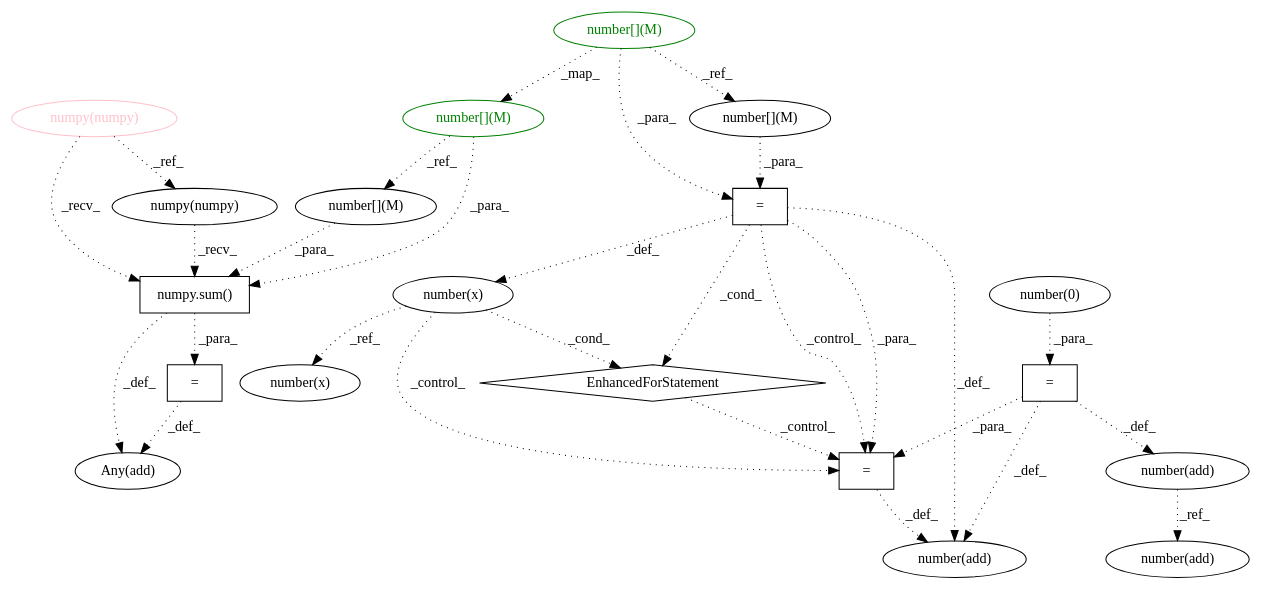
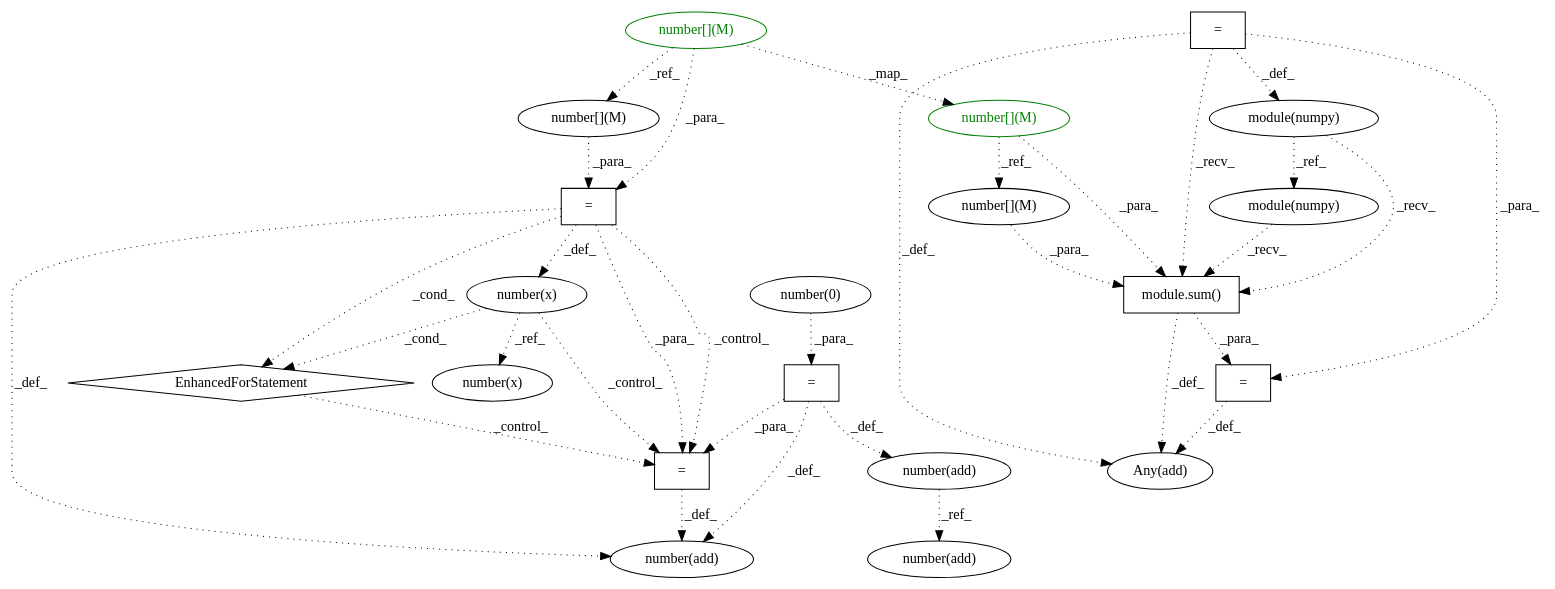
The diagram in AtomicASTChangeMining/OUTPUT/DEBUG/20b30150025b911f5009441c895540df9379ebad___0.dot (maldil/R-CPATMiner), drawn with Graphviz before and after one commit. The commit also changed 706 other files, not shown here.

```diff
--- a/AtomicASTChangeMining/OUTPUT/DEBUG/20b30150025b911f5009441c895540df9379ebad___0.dot
+++ b/AtomicASTChangeMining/OUTPUT/DEBUG/20b30150025b911f5009441c895540df9379ebad___0.dot
@@ -1,49 +1,54 @@
 digraph G {
-1 [label="numpy(numpy)" shape=ellipse]
-2 [label="number(0)" shape=ellipse]
-3 [label="number(add)" shape=ellipse]
-4 [label="number(add)" shape=ellipse]
-5 [label="number[](M)" shape=ellipse color=green fontcolor=green]
-6 [label="EnhancedForStatement" shape=diamond]
-7 [label="numpy(numpy)" shape=ellipse color=pink fontcolor=pink]
-8 [label="number(x)" shape=ellipse]
+1 [label="number(x)" shape=ellipse]
+2 [label="number[](M)" shape=ellipse color=green fontcolor=green]
+3 [label="number(0)" shape=ellipse]
+4 [label="Any(add)" shape=ellipse]
+5 [label="module.sum()" shape=box]
+6 [label="number[](M)" shape=ellipse]
+7 [label="=" shape=box]
+8 [label="=" shape=box]
 9 [label="number[](M)" shape=ellipse]
-10 [label="=" shape=box]
-11 [label="numpy.sum()" shape=box]
-12 [label="number(x)" shape=ellipse]
+10 [label="module(numpy)" shape=ellipse]
+11 [label="EnhancedForStatement" shape=diamond]
+12 [label="module(numpy)" shape=ellipse]
 13 [label="=" shape=box]
-14 [label="number[](M)" shape=ellipse]
+14 [label="number(x)" shape=ellipse]
 15 [label="number[](M)" shape=ellipse color=green fontcolor=green]
-16 [label="Any(add)" shape=ellipse]
+16 [label="number(add)" shape=ellipse]
 17 [label="=" shape=box]
 18 [label="=" shape=box]
 19 [label="number(add)" shape=ellipse]
-7 -> 1 [label="_ref_" style=dotted];
-13 -> 3 [label="_def_" style=dotted];
-18 -> 3 [label="_def_" style=dotted];
-10 -> 3 [label="_def_" style=dotted];
-19 -> 4 [label="_ref_" style=dotted];
-8 -> 6 [label="_cond_" style=dotted];
-18 -> 6 [label="_cond_" style=dotted];
-18 -> 8 [label="_def_" style=dotted];
+20 [label="number(add)" shape=ellipse]
+14 -> 1 [label="_ref_" style=dotted];
+15 -> 2 [label="_map_" style=dotted];
+7 -> 4 [label="_def_" style=dotted];
+5 -> 4 [label="_def_" style=dotted];
+8 -> 4 [label="_def_" style=dotted];
+10 -> 5 [label="_recv_" style=dotted];
+6 -> 5 [label="_para_" style=dotted];
+12 -> 5 [label="_recv_" style=dotted];
+8 -> 5 [label="_recv_" style=dotted];
+2 -> 5 [label="_para_" style=dotted];
+2 -> 6 [label="_ref_" style=dotted];
+5 -> 7 [label="_para_" style=dotted];
+8 -> 7 [label="_para_" style=dotted];
 15 -> 9 [label="_ref_" style=dotted];
-2 -> 10 [label="_para_" style=dotted];
-1 -> 11 [label="_recv_" style=dotted];
-9 -> 11 [label="_para_" style=dotted];
-7 -> 11 [label="_recv_" style=dotted];
-15 -> 11 [label="_para_" style=dotted];
-8 -> 12 [label="_ref_" style=dotted];
-6 -> 13 [label="_control_" style=dotted];
-18 -> 13 [label="_para_" style=dotted];
-10 -> 13 [label="_para_" style=dotted];
-8 -> 13 [label="_control_" style=dotted];
-18 -> 13 [label="_control_" style=dotted];
-5 -> 14 [label="_ref_" style=dotted];
-5 -> 15 [label="_map_" style=dotted];
-17 -> 16 [label="_def_" style=dotted];
-11 -> 16 [label="_def_" style=dotted];
-11 -> 17 [label="_para_" style=dotted];
-14 -> 18 [label="_para_" style=dotted];
-5 -> 18 [label="_para_" style=dotted];
-10 -> 19 [label="_def_" style=dotted];
+12 -> 10 [label="_ref_" style=dotted];
+14 -> 11 [label="_cond_" style=dotted];
+13 -> 11 [label="_cond_" style=dotted];
+8 -> 12 [label="_def_" style=dotted];
+9 -> 13 [label="_para_" style=dotted];
+15 -> 13 [label="_para_" style=dotted];
+13 -> 14 [label="_def_" style=dotted];
+18 -> 16 [label="_def_" style=dotted];
+11 -> 17 [label="_control_" style=dotted];
+13 -> 17 [label="_para_" style=dotted];
+18 -> 17 [label="_para_" style=dotted];
+14 -> 17 [label="_control_" style=dotted];
+13 -> 17 [label="_control_" style=dotted];
+3 -> 18 [label="_para_" style=dotted];
+17 -> 19 [label="_def_" style=dotted];
+13 -> 19 [label="_def_" style=dotted];
+18 -> 19 [label="_def_" style=dotted];
+16 -> 20 [label="_ref_" style=dotted];
 }
```
